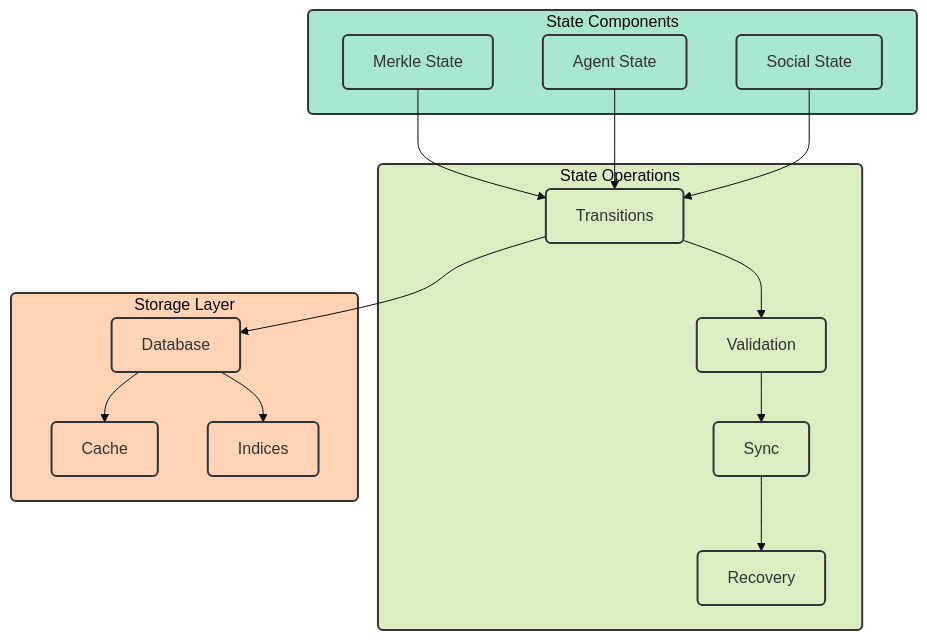
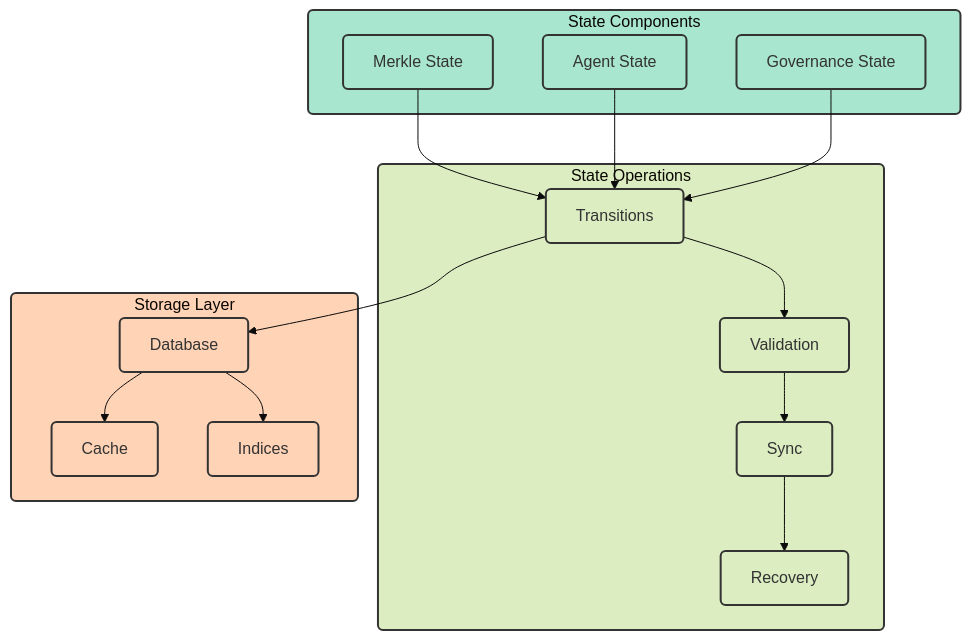
The fourth of 9 diagrams in docs/introduction/architecture.md (SumeetChougule/chaoschain), drawn with Mermaid before and after one commit. The commit also changed other lines of this file and 6 other files, not shown here.

````diff
--- a/docs/introduction/architecture.md
+++ b/docs/introduction/architecture.md
@@ -133,41 +133,41 @@
 ```mermaid
 %%{init: {'theme': 'base', 'themeVariables': { 'fontSize': '16px', 'fontFamily': 'arial' }}}%%
 flowchart TB
     subgraph State["State Components"]
         MS["Merkle State"]
         AS["Agent State"]
-        SS["Social State"]
+        GS["Governance State"]
     end
     
     subgraph Ops["State Operations"]
         T["Transitions"]
         V["Validation"]
         S["Sync"]
         R["Recovery"]
     end
     
     subgraph Storage["Storage Layer"]
         DB["Database"]
         C["Cache"]
         I["Indices"]
     end
     
     MS --> T
     AS --> T
-    SS --> T
+    GS --> T
     T --> V
     V --> S
     S --> R
     T --> DB
     DB --> C
     DB --> I
     
     classDef default fill:#f8f9fa,stroke:#333,stroke-width:2px,rx:5,ry:5
     classDef state fill:#a8e6cf,stroke:#333,stroke-width:2px,rx:5,ry:5
     classDef ops fill:#dcedc1,stroke:#333,stroke-width:2px,rx:5,ry:5
     classDef storage fill:#ffd3b6,stroke:#333,stroke-width:2px,rx:5,ry:5
     
-    class MS,AS,SS,State state
+    class MS,AS,GS,State state
     class T,V,S,R,Ops ops
     class DB,C,I,Storage storage
 ```
````
